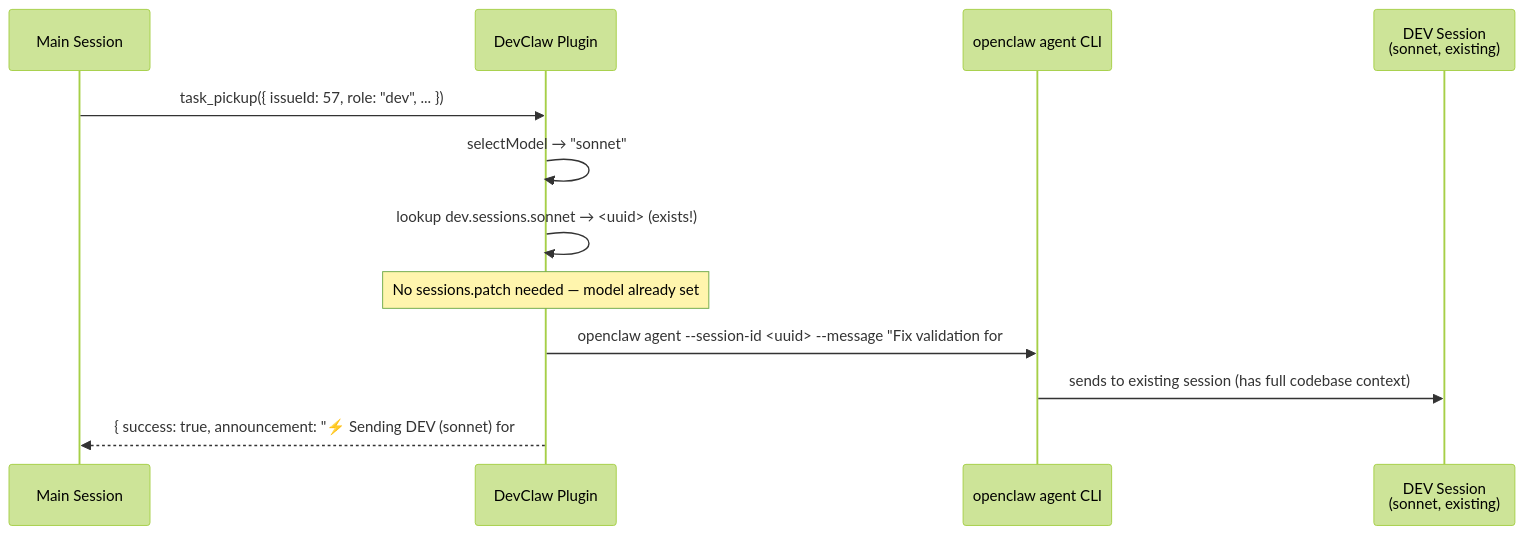
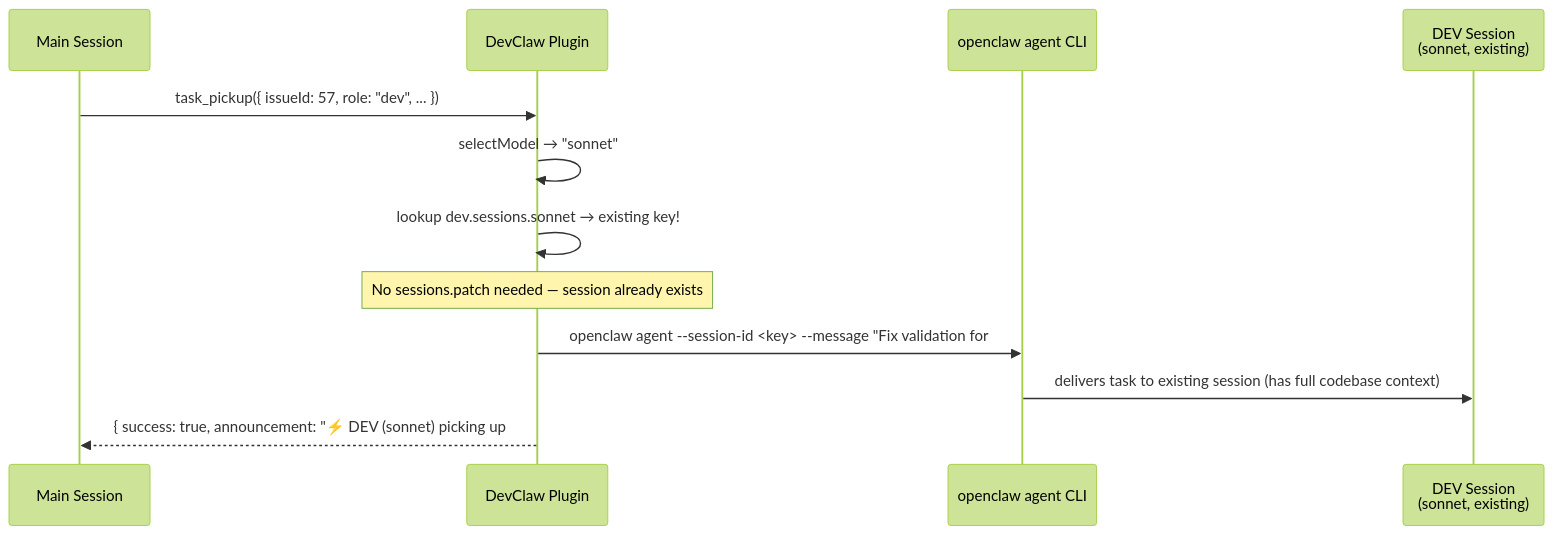
One commit to StrongheartedX/devclaw changed the third of 10 diagrams in docs/ARCHITECTURE.md. Above: the diagram before and after it, drawn with Mermaid (forest theme). The commit also changed other lines of this file and 2 other files, not shown here.

Commit message:
Refine session management terminology and clarify plugin-controlled lifecycle in documentation

````diff
--- a/docs/ARCHITECTURE.md
+++ b/docs/ARCHITECTURE.md
@@ -182,15 +193,15 @@
 ```mermaid
 sequenceDiagram
     participant MS as Main Session
     participant DC as DevClaw Plugin
     participant CLI as openclaw agent CLI
     participant DEV as DEV Session<br/>(sonnet, existing)
 
     MS->>DC: task_pickup({ issueId: 57, role: "dev", ... })
     DC->>DC: selectModel → "sonnet"
-    DC->>DC: lookup dev.sessions.sonnet → <uuid> (exists!)
-    Note over DC: No sessions.patch needed — model already set
-    DC->>CLI: openclaw agent --session-id <uuid> --message "Fix validation for #57..."
-    CLI->>DEV: sends to existing session (has full codebase context)
-    DC-->>MS: { success: true, announcement: "⚡ Sending DEV (sonnet) for #57" }
+    DC->>DC: lookup dev.sessions.sonnet → existing key!
+    Note over DC: No sessions.patch needed — session already exists
+    DC->>CLI: openclaw agent --session-id <key> --message "Fix validation for #57..."
+    CLI->>DEV: delivers task to existing session (has full codebase context)
+    DC-->>MS: { success: true, announcement: "⚡ DEV (sonnet) picking up #57" }
 ```
````
